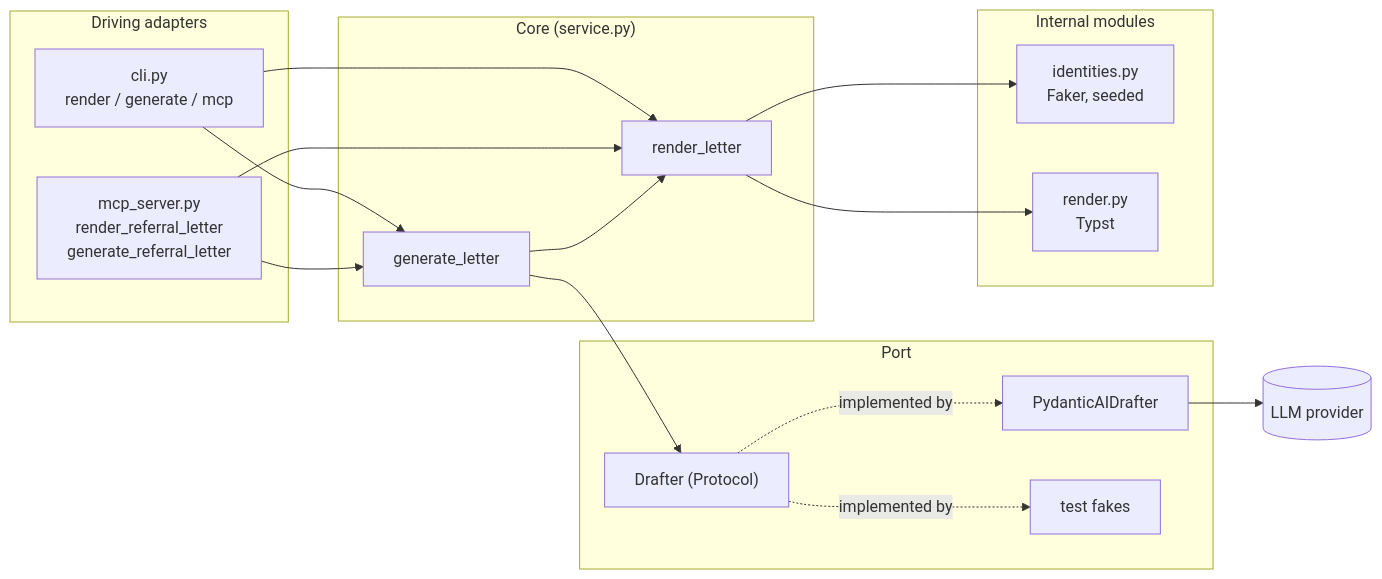
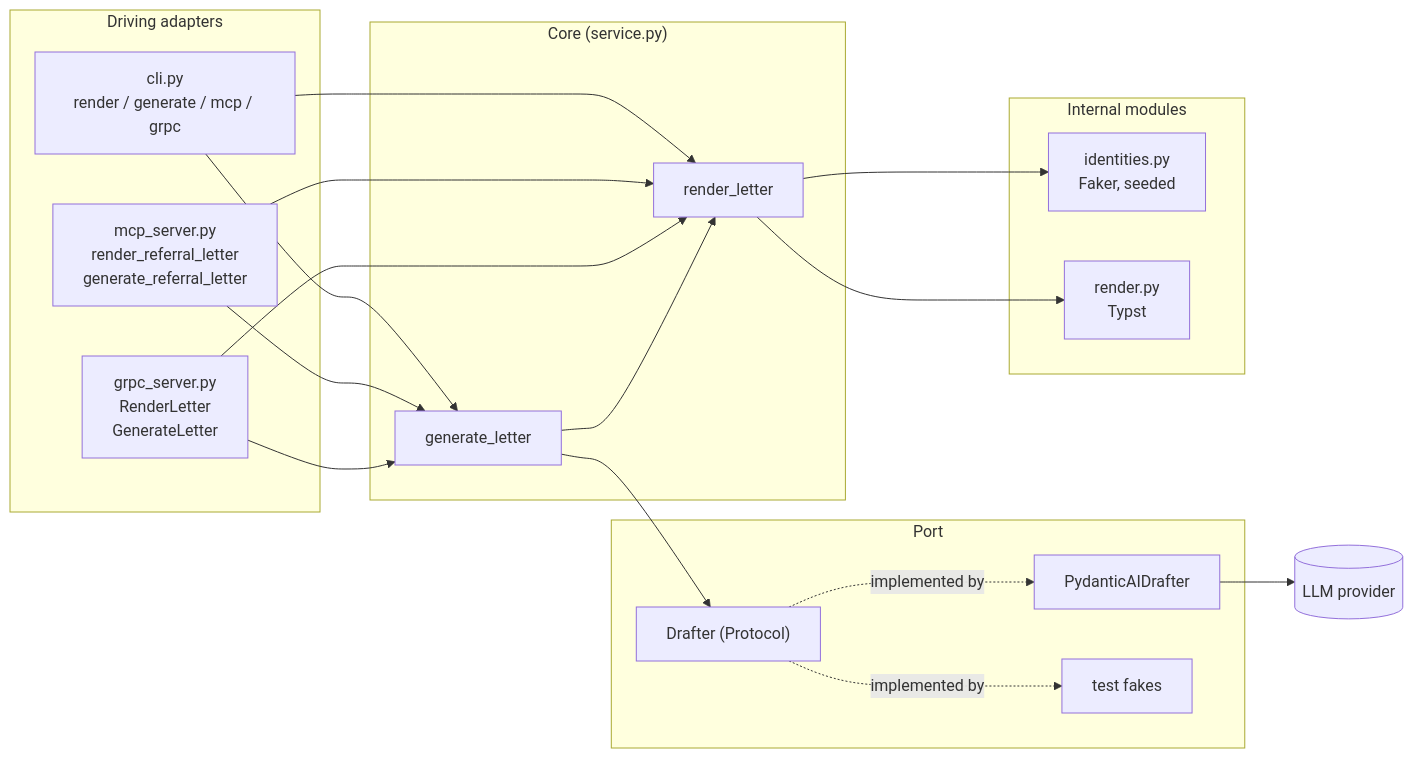
One commit to janthoXO/AetioReferral changed the diagram in README-DEV.md. Above: the diagram before and after it, drawn with Mermaid. The commit also changed other lines of this file and 15 other files, not shown here.

````diff
--- a/README-DEV.md
+++ b/README-DEV.md
@@ -84,35 +88,38 @@
 ```mermaid
 flowchart LR
     subgraph driving["Driving adapters"]
-        CLI["cli.py<br/>render / generate / mcp"]
+        CLI["cli.py<br/>render / generate / mcp / grpc"]
+        GRPC["grpc_server.py<br/>RenderLetter<br/>GenerateLetter"]
         MCP["mcp_server.py<br/>render_referral_letter<br/>generate_referral_letter"]
     end
 
     subgraph core["Core (service.py)"]
         RL["render_letter"]
         GL["generate_letter"]
     end
 
     subgraph port["Port"]
         D["Drafter (Protocol)"]
         PAI["PydanticAIDrafter"]
         FAKE["test fakes"]
     end
 
     subgraph internal["Internal modules"]
         ID["identities.py<br/>Faker, seeded"]
         RD["render.py<br/>Typst"]
     end
 
     CLI --> RL
     CLI --> GL
     MCP --> RL
     MCP --> GL
+    GRPC --> RL
+    GRPC --> GL
     GL --> D
     D -.implemented by.-> PAI
     D -.implemented by.-> FAKE
     GL --> RL
     RL --> ID
     RL --> RD
     PAI --> LLM[("LLM provider")]
 ```
````
